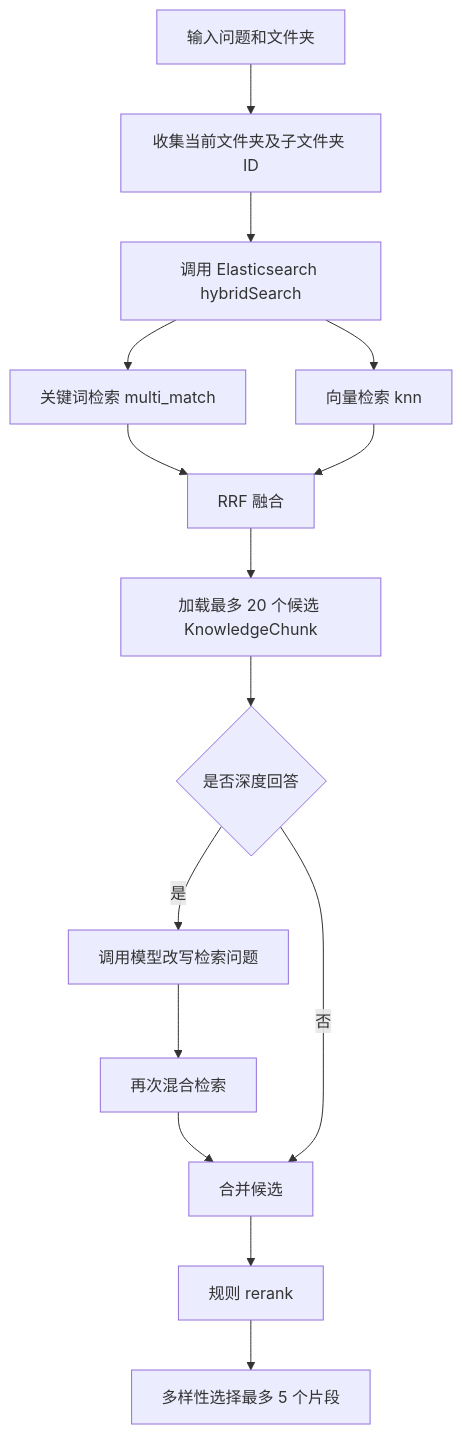
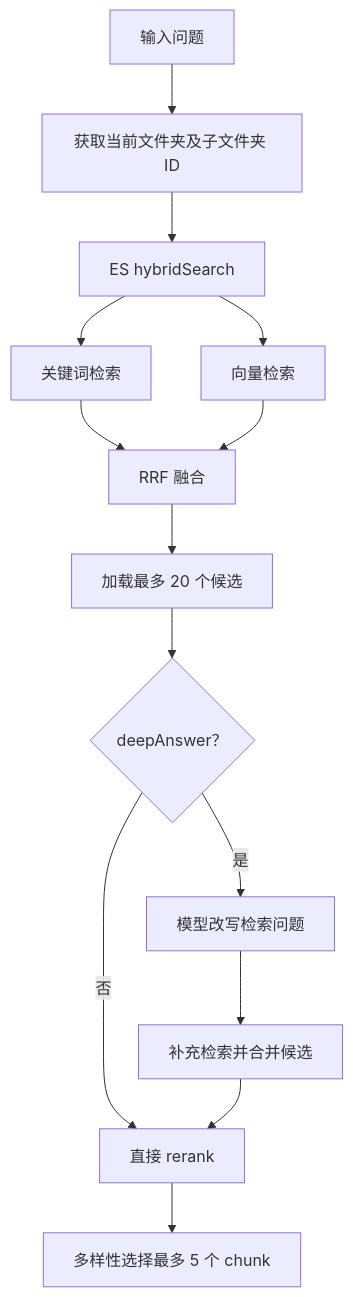
One commit to LinHonk1128/ips_java changed the fourth of 6 diagrams in docs/05-detailed-design.md. Above: the diagram before and after it, drawn with Mermaid. The commit also changed other lines of this file and 48 other files, not shown here.

````diff
--- a/docs/05-detailed-design.md
+++ b/docs/05-detailed-design.md
@@ -169,17 +178,16 @@
 ```mermaid
 flowchart TD
-    A["输入问题和文件夹"] --> B["收集当前文件夹及子文件夹 ID"]
-    B --> C["调用 Elasticsearch hybridSearch"]
-    C --> D["关键词检索 multi_match"]
-    C --> E["向量检索 knn"]
+    A["输入问题"] --> B["获取当前文件夹及子文件夹 ID"]
+    B --> C["ES hybridSearch"]
+    C --> D["关键词检索"]
+    C --> E["向量检索"]
     D --> F["RRF 融合"]
     E --> F
-    F --> G["加载最多 20 个候选 KnowledgeChunk"]
-    G --> H{"是否深度回答"}
-    H -- "是" --> I["调用模型改写检索问题"]
-    I --> J["再次混合检索"]
-    J --> K["合并候选"]
-    H -- "否" --> K
-    K --> L["规则 rerank"]
-    L --> M["多样性选择最多 5 个片段"]
+    F --> G["加载最多 20 个候选"]
+    G --> H{"deepAnswer？"}
+    H -- "是" --> I["模型改写检索问题"]
+    I --> J["补充检索并合并候选"]
+    H -- "否" --> K["直接 rerank"]
+    J --> K
+    K --> L["多样性选择最多 5 个 chunk"]
 ```
````
